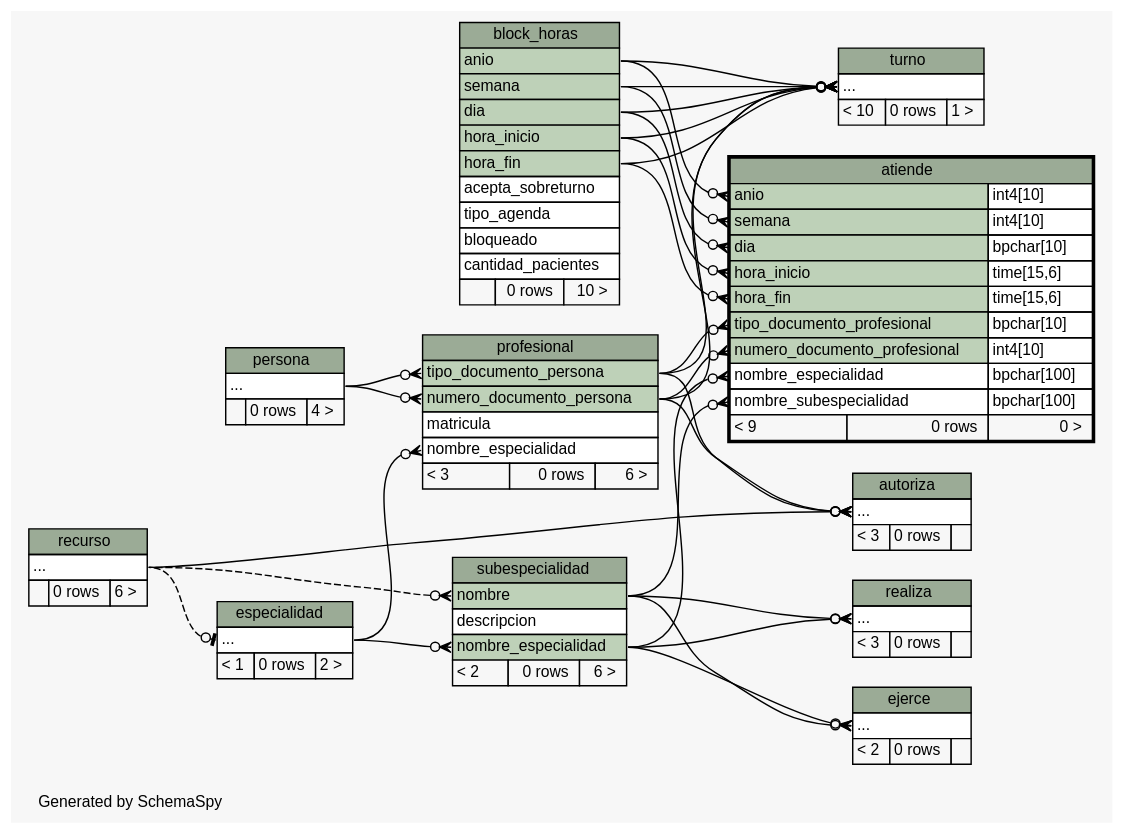
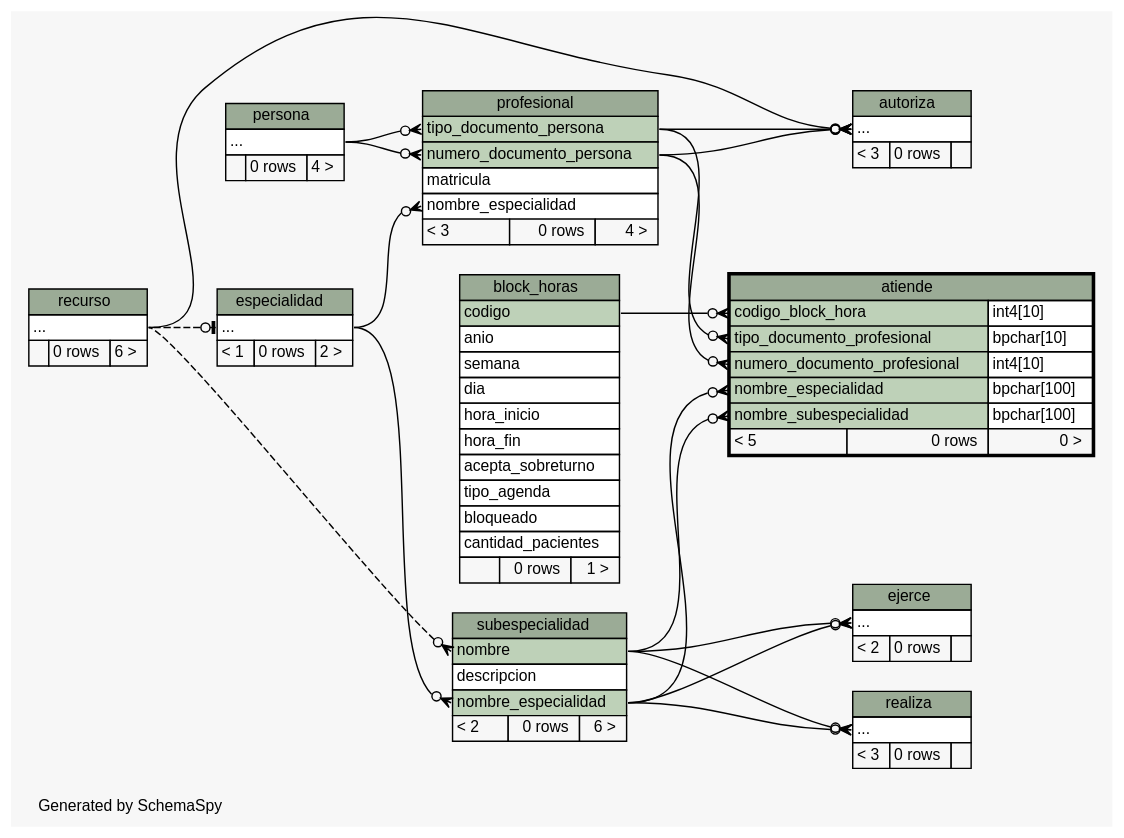
One commit to smpiano/bd-1cuat-2014-agenda-med changed the diagram in tp1/build/schema/diagrams/atiende.implied2degrees.dot. Above: the diagram before and after it, drawn with Graphviz. The commit also changed 138 other files, not shown here.

```diff
--- a/tp1/build/schema/diagrams/atiende.implied2degrees.dot
+++ b/tp1/build/schema/diagrams/atiende.implied2degrees.dot
@@ -1,182 +1,158 @@
 // dot 2.26.3 on Linux 3.8.0-35-generic
 // SchemaSpy rev 590
 digraph "impliedTwoDegreesRelationshipsDiagram" {
   graph [
     rankdir="RL"
     bgcolor="#f7f7f7"
     label="\nGenerated by SchemaSpy"
     labeljust="l"
     nodesep="0.18"
     ranksep="0.46"
     fontname="Helvetica"
     fontsize="11"
   ];
   node [
     fontname="Helvetica"
     fontsize="11"
     shape="plaintext"
   ];
   edge [
     arrowsize="0.8"
   ];
-  "atiende":"anio":w -> "block_horas":"anio":e [arrowhead=none dir=back arrowtail=crowodot];
-  "atiende":"dia":w -> "block_horas":"dia":e [arrowhead=none dir=back arrowtail=crowodot];
-  "atiende":"hora_fin":w -> "block_horas":"hora_fin":e [arrowhead=none dir=back arrowtail=crowodot];
-  "atiende":"hora_inicio":w -> "block_horas":"hora_inicio":e [arrowhead=none dir=back arrowtail=crowodot];
+  "atiende":"codigo_block_hora":w -> "block_horas":"codigo":e [arrowhead=none dir=back arrowtail=crowodot];
   "atiende":"nombre_especialidad":w -> "subespecialidad":"nombre_especialidad":e [arrowhead=none dir=back arrowtail=crowodot];
   "atiende":"nombre_subespecialidad":w -> "subespecialidad":"nombre":e [arrowhead=none dir=back arrowtail=crowodot];
   "atiende":"numero_documento_profesional":w -> "profesional":"numero_documento_persona":e [arrowhead=none dir=back arrowtail=crowodot];
-  "atiende":"semana":w -> "block_horas":"semana":e [arrowhead=none dir=back arrowtail=crowodot];
   "atiende":"tipo_documento_profesional":w -> "profesional":"tipo_documento_persona":e [arrowhead=none dir=back arrowtail=crowodot];
   "autoriza":"elipses":w -> "recurso":"elipses":e [arrowhead=none dir=back arrowtail=crowodot];
   "autoriza":"elipses":w -> "profesional":"numero_documento_persona":e [arrowhead=none dir=back arrowtail=crowodot];
   "autoriza":"elipses":w -> "profesional":"tipo_documento_persona":e [arrowhead=none dir=back arrowtail=crowodot];
   "ejerce":"elipses":w -> "subespecialidad":"nombre_especialidad":e [arrowhead=none dir=back arrowtail=crowodot];
   "ejerce":"elipses":w -> "subespecialidad":"nombre":e [arrowhead=none dir=back arrowtail=crowodot];
   "especialidad":"elipses":w -> "recurso":"elipses":e [arrowhead=none dir=back arrowtail=teeodot style=dashed];
   "profesional":"nombre_especialidad":w -> "especialidad":"elipses":e [arrowhead=none dir=back arrowtail=crowodot];
   "profesional":"numero_documento_persona":w -> "persona":"elipses":e [arrowhead=none dir=back arrowtail=crowodot];
   "profesional":"tipo_documento_persona":w -> "persona":"elipses":e [arrowhead=none dir=back arrowtail=crowodot];
   "realiza":"elipses":w -> "subespecialidad":"nombre_especialidad":e [arrowhead=none dir=back arrowtail=crowodot];
   "realiza":"elipses":w -> "subespecialidad":"nombre":e [arrowhead=none dir=back arrowtail=crowodot];
   "subespecialidad":"nombre":w -> "recurso":"elipses":e [arrowhead=none dir=back arrowtail=crowodot style=dashed];
   "subespecialidad":"nombre_especialidad":w -> "especialidad":"elipses":e [arrowhead=none dir=back arrowtail=crowodot];
-  "turno":"elipses":w -> "block_horas":"anio":e [arrowhead=none dir=back arrowtail=crowodot];
-  "turno":"elipses":w -> "block_horas":"dia":e [arrowhead=none dir=back arrowtail=crowodot];
-  "turno":"elipses":w -> "block_horas":"hora_fin":e [arrowhead=none dir=back arrowtail=crowodot];
-  "turno":"elipses":w -> "block_horas":"hora_inicio":e [arrowhead=none dir=back arrowtail=crowodot];
-  "turno":"elipses":w -> "profesional":"numero_documento_persona":e [arrowhead=none dir=back arrowtail=crowodot];
-  "turno":"elipses":w -> "block_horas":"semana":e [arrowhead=none dir=back arrowtail=crowodot];
-  "turno":"elipses":w -> "profesional":"tipo_documento_persona":e [arrowhead=none dir=back arrowtail=crowodot];
   "atiende" [
     label=<
     <TABLE BORDER="2" CELLBORDER="1" CELLSPACING="0" BGCOLOR="#ffffff">
       <TR><TD COLSPAN="3" BGCOLOR="#9bab96" ALIGN="CENTER">atiende</TD></TR>
-      <TR><TD PORT="anio" COLSPAN="2" BGCOLOR="#bed1b8" ALIGN="LEFT">anio</TD><TD PORT="anio.type" ALIGN="LEFT">int4[10]</TD></TR>
-      <TR><TD PORT="semana" COLSPAN="2" BGCOLOR="#bed1b8" ALIGN="LEFT">semana</TD><TD PORT="semana.type" ALIGN="LEFT">int4[10]</TD></TR>
-      <TR><TD PORT="dia" COLSPAN="2" BGCOLOR="#bed1b8" ALIGN="LEFT">dia</TD><TD PORT="dia.type" ALIGN="LEFT">bpchar[10]</TD></TR>
-      <TR><TD PORT="hora_inicio" COLSPAN="2" BGCOLOR="#bed1b8" ALIGN="LEFT">hora_inicio</TD><TD PORT="hora_inicio.type" ALIGN="LEFT">time[15,6]</TD></TR>
-      <TR><TD PORT="hora_fin" COLSPAN="2" BGCOLOR="#bed1b8" ALIGN="LEFT">hora_fin</TD><TD PORT="hora_fin.type" ALIGN="LEFT">time[15,6]</TD></TR>
+      <TR><TD PORT="codigo_block_hora" COLSPAN="2" BGCOLOR="#bed1b8" ALIGN="LEFT">codigo_block_hora</TD><TD PORT="codigo_block_hora.type" ALIGN="LEFT">int4[10]</TD></TR>
       <TR><TD PORT="tipo_documento_profesional" COLSPAN="2" BGCOLOR="#bed1b8" ALIGN="LEFT">tipo_documento_profesional</TD><TD PORT="tipo_documento_profesional.type" ALIGN="LEFT">bpchar[10]</TD></TR>
       <TR><TD PORT="numero_documento_profesional" COLSPAN="2" BGCOLOR="#bed1b8" ALIGN="LEFT">numero_documento_profesional</TD><TD PORT="numero_documento_profesional.type" ALIGN="LEFT">int4[10]</TD></TR>
-      <TR><TD PORT="nombre_especialidad" COLSPAN="2" ALIGN="LEFT">nombre_especialidad</TD><TD PORT="nombre_especialidad.type" ALIGN="LEFT">bpchar[100]</TD></TR>
-      <TR><TD PORT="nombre_subespecialidad" COLSPAN="2" ALIGN="LEFT">nombre_subespecialidad</TD><TD PORT="nombre_subespecialidad.type" ALIGN="LEFT">bpchar[100]</TD></TR>
-      <TR><TD ALIGN="LEFT" BGCOLOR="#f7f7f7">&lt; 9</TD><TD ALIGN="RIGHT" BGCOLOR="#f7f7f7">0 rows</TD><TD ALIGN="RIGHT" BGCOLOR="#f7f7f7">0 &gt;</TD></TR>
+      <TR><TD PORT="nombre_especialidad" COLSPAN="2" BGCOLOR="#bed1b8" ALIGN="LEFT">nombre_especialidad</TD><TD PORT="nombre_especialidad.type" ALIGN="LEFT">bpchar[100]</TD></TR>
+      <TR><TD PORT="nombre_subespecialidad" COLSPAN="2" BGCOLOR="#bed1b8" ALIGN="LEFT">nombre_subespecialidad</TD><TD PORT="nombre_subespecialidad.type" ALIGN="LEFT">bpchar[100]</TD></TR>
+      <TR><TD ALIGN="LEFT" BGCOLOR="#f7f7f7">&lt; 5</TD><TD ALIGN="RIGHT" BGCOLOR="#f7f7f7">0 rows</TD><TD ALIGN="RIGHT" BGCOLOR="#f7f7f7">0 &gt;</TD></TR>
     </TABLE>>
     URL="atiende.html"
     tooltip="atiende"
   ];
   "autoriza" [
     label=<
     <TABLE BORDER="0" CELLBORDER="1" CELLSPACING="0" BGCOLOR="#ffffff">
       <TR><TD COLSPAN="3" BGCOLOR="#9bab96" ALIGN="CENTER">autoriza</TD></TR>
       <TR><TD PORT="elipses" COLSPAN="3" ALIGN="LEFT">...</TD></TR>
       <TR><TD ALIGN="LEFT" BGCOLOR="#f7f7f7">&lt; 3</TD><TD ALIGN="RIGHT" BGCOLOR="#f7f7f7">0 rows</TD><TD ALIGN="RIGHT" BGCOLOR="#f7f7f7">  </TD></TR>
     </TABLE>>
     URL="autoriza.html"
     tooltip="autoriza"
   ];
   "block_horas" [
     label=<
     <TABLE BORDER="0" CELLBORDER="1" CELLSPACING="0" BGCOLOR="#ffffff">
       <TR><TD COLSPAN="3" BGCOLOR="#9bab96" ALIGN="CENTER">block_horas</TD></TR>
-      <TR><TD PORT="anio" COLSPAN="3" BGCOLOR="#bed1b8" ALIGN="LEFT">anio</TD></TR>
-      <TR><TD PORT="semana" COLSPAN="3" BGCOLOR="#bed1b8" ALIGN="LEFT">semana</TD></TR>
-      <TR><TD PORT="dia" COLSPAN="3" BGCOLOR="#bed1b8" ALIGN="LEFT">dia</TD></TR>
-      <TR><TD PORT="hora_inicio" COLSPAN="3" BGCOLOR="#bed1b8" ALIGN="LEFT">hora_inicio</TD></TR>
-      <TR><TD PORT="hora_fin" COLSPAN="3" BGCOLOR="#bed1b8" ALIGN="LEFT">hora_fin</TD></TR>
+      <TR><TD PORT="codigo" COLSPAN="3" BGCOLOR="#bed1b8" ALIGN="LEFT">codigo</TD></TR>
+      <TR><TD PORT="anio" COLSPAN="3" ALIGN="LEFT">anio</TD></TR>
+      <TR><TD PORT="semana" COLSPAN="3" ALIGN="LEFT">semana</TD></TR>
+      <TR><TD PORT="dia" COLSPAN="3" ALIGN="LEFT">dia</TD></TR>
+      <TR><TD PORT="hora_inicio" COLSPAN="3" ALIGN="LEFT">hora_inicio</TD></TR>
+      <TR><TD PORT="hora_fin" COLSPAN="3" ALIGN="LEFT">hora_fin</TD></TR>
       <TR><TD PORT="acepta_sobreturno" COLSPAN="3" ALIGN="LEFT">acepta_sobreturno</TD></TR>
       <TR><TD PORT="tipo_agenda" COLSPAN="3" ALIGN="LEFT">tipo_agenda</TD></TR>
       <TR><TD PORT="bloqueado" COLSPAN="3" ALIGN="LEFT">bloqueado</TD></TR>
       <TR><TD PORT="cantidad_pacientes" COLSPAN="3" ALIGN="LEFT">cantidad_pacientes</TD></TR>
-      <TR><TD ALIGN="LEFT" BGCOLOR="#f7f7f7">  </TD><TD ALIGN="RIGHT" BGCOLOR="#f7f7f7">0 rows</TD><TD ALIGN="RIGHT" BGCOLOR="#f7f7f7">10 &gt;</TD></TR>
+      <TR><TD ALIGN="LEFT" BGCOLOR="#f7f7f7">  </TD><TD ALIGN="RIGHT" BGCOLOR="#f7f7f7">0 rows</TD><TD ALIGN="RIGHT" BGCOLOR="#f7f7f7">1 &gt;</TD></TR>
     </TABLE>>
     URL="block_horas.html"
     tooltip="block_horas"
   ];
   "ejerce" [
     label=<
     <TABLE BORDER="0" CELLBORDER="1" CELLSPACING="0" BGCOLOR="#ffffff">
       <TR><TD COLSPAN="3" BGCOLOR="#9bab96" ALIGN="CENTER">ejerce</TD></TR>
       <TR><TD PORT="elipses" COLSPAN="3" ALIGN="LEFT">...</TD></TR>
       <TR><TD ALIGN="LEFT" BGCOLOR="#f7f7f7">&lt; 2</TD><TD ALIGN="RIGHT" BGCOLOR="#f7f7f7">0 rows</TD><TD ALIGN="RIGHT" BGCOLOR="#f7f7f7">  </TD></TR>
     </TABLE>>
     URL="ejerce.html"
     tooltip="ejerce"
   ];
   "especialidad" [
     label=<
     <TABLE BORDER="0" CELLBORDER="1" CELLSPACING="0" BGCOLOR="#ffffff">
       <TR><TD COLSPAN="3" BGCOLOR="#9bab96" ALIGN="CENTER">especialidad</TD></TR>
       <TR><TD PORT="elipses" COLSPAN="3" ALIGN="LEFT">...</TD></TR>
       <TR><TD ALIGN="LEFT" BGCOLOR="#f7f7f7">&lt; 1</TD><TD ALIGN="RIGHT" BGCOLOR="#f7f7f7">0 rows</TD><TD ALIGN="RIGHT" BGCOLOR="#f7f7f7">2 &gt;</TD></TR>
     </TABLE>>
     URL="especialidad.html"
     tooltip="especialidad"
   ];
   "persona" [
     label=<
     <TABLE BORDER="0" CELLBORDER="1" CELLSPACING="0" BGCOLOR="#ffffff">
       <TR><TD COLSPAN="3" BGCOLOR="#9bab96" ALIGN="CENTER">persona</TD></TR>
       <TR><TD PORT="elipses" COLSPAN="3" ALIGN="LEFT">...</TD></TR>
       <TR><TD ALIGN="LEFT" BGCOLOR="#f7f7f7">  </TD><TD ALIGN="RIGHT" BGCOLOR="#f7f7f7">0 rows</TD><TD ALIGN="RIGHT" BGCOLOR="#f7f7f7">4 &gt;</TD></TR>
     </TABLE>>
     URL="persona.html"
     tooltip="persona"
   ];
   "profesional" [
     label=<
     <TABLE BORDER="0" CELLBORDER="1" CELLSPACING="0" BGCOLOR="#ffffff">
       <TR><TD COLSPAN="3" BGCOLOR="#9bab96" ALIGN="CENTER">profesional</TD></TR>
       <TR><TD PORT="tipo_documento_persona" COLSPAN="3" BGCOLOR="#bed1b8" ALIGN="LEFT">tipo_documento_persona</TD></TR>
       <TR><TD PORT="numero_documento_persona" COLSPAN="3" BGCOLOR="#bed1b8" ALIGN="LEFT">numero_documento_persona</TD></TR>
       <TR><TD PORT="matricula" COLSPAN="3" ALIGN="LEFT">matricula</TD></TR>
       <TR><TD PORT="nombre_especialidad" COLSPAN="3" ALIGN="LEFT">nombre_especialidad</TD></TR>
-      <TR><TD ALIGN="LEFT" BGCOLOR="#f7f7f7">&lt; 3</TD><TD ALIGN="RIGHT" BGCOLOR="#f7f7f7">0 rows</TD><TD ALIGN="RIGHT" BGCOLOR="#f7f7f7">6 &gt;</TD></TR>
+      <TR><TD ALIGN="LEFT" BGCOLOR="#f7f7f7">&lt; 3</TD><TD ALIGN="RIGHT" BGCOLOR="#f7f7f7">0 rows</TD><TD ALIGN="RIGHT" BGCOLOR="#f7f7f7">4 &gt;</TD></TR>
     </TABLE>>
     URL="profesional.html"
     tooltip="profesional"
   ];
   "realiza" [
     label=<
     <TABLE BORDER="0" CELLBORDER="1" CELLSPACING="0" BGCOLOR="#ffffff">
       <TR><TD COLSPAN="3" BGCOLOR="#9bab96" ALIGN="CENTER">realiza</TD></TR>
       <TR><TD PORT="elipses" COLSPAN="3" ALIGN="LEFT">...</TD></TR>
       <TR><TD ALIGN="LEFT" BGCOLOR="#f7f7f7">&lt; 3</TD><TD ALIGN="RIGHT" BGCOLOR="#f7f7f7">0 rows</TD><TD ALIGN="RIGHT" BGCOLOR="#f7f7f7">  </TD></TR>
     </TABLE>>
     URL="realiza.html"
     tooltip="realiza"
   ];
   "recurso" [
     label=<
     <TABLE BORDER="0" CELLBORDER="1" CELLSPACING="0" BGCOLOR="#ffffff">
       <TR><TD COLSPAN="3" BGCOLOR="#9bab96" ALIGN="CENTER">recurso</TD></TR>
       <TR><TD PORT="elipses" COLSPAN="3" ALIGN="LEFT">...</TD></TR>
       <TR><TD ALIGN="LEFT" BGCOLOR="#f7f7f7">  </TD><TD ALIGN="RIGHT" BGCOLOR="#f7f7f7">0 rows</TD><TD ALIGN="RIGHT" BGCOLOR="#f7f7f7">6 &gt;</TD></TR>
     </TABLE>>
     URL="recurso.html"
     tooltip="recurso"
   ];
   "subespecialidad" [
     label=<
     <TABLE BORDER="0" CELLBORDER="1" CELLSPACING="0" BGCOLOR="#ffffff">
       <TR><TD COLSPAN="3" BGCOLOR="#9bab96" ALIGN="CENTER">subespecialidad</TD></TR>
       <TR><TD PORT="nombre" COLSPAN="3" BGCOLOR="#bed1b8" ALIGN="LEFT">nombre</TD></TR>
       <TR><TD PORT="descripcion" COLSPAN="3" ALIGN="LEFT">descripcion</TD></TR>
       <TR><TD PORT="nombre_especialidad" COLSPAN="3" BGCOLOR="#bed1b8" ALIGN="LEFT">nombre_especialidad</TD></TR>
       <TR><TD ALIGN="LEFT" BGCOLOR="#f7f7f7">&lt; 2</TD><TD ALIGN="RIGHT" BGCOLOR="#f7f7f7">0 rows</TD><TD ALIGN="RIGHT" BGCOLOR="#f7f7f7">6 &gt;</TD></TR>
     </TABLE>>
     URL="subespecialidad.html"
     tooltip="subespecialidad"
   ];
-  "turno" [
-    label=<
-    <TABLE BORDER="0" CELLBORDER="1" CELLSPACING="0" BGCOLOR="#ffffff">
-      <TR><TD COLSPAN="3" BGCOLOR="#9bab96" ALIGN="CENTER">turno</TD></TR>
-      <TR><TD PORT="elipses" COLSPAN="3" ALIGN="LEFT">...</TD></TR>
-      <TR><TD ALIGN="LEFT" BGCOLOR="#f7f7f7">&lt; 10</TD><TD ALIGN="RIGHT" BGCOLOR="#f7f7f7">0 rows</TD><TD ALIGN="RIGHT" BGCOLOR="#f7f7f7">1 &gt;</TD></TR>
-    </TABLE>>
-    URL="turno.html"
-    tooltip="turno"
-  ];
 }
```
